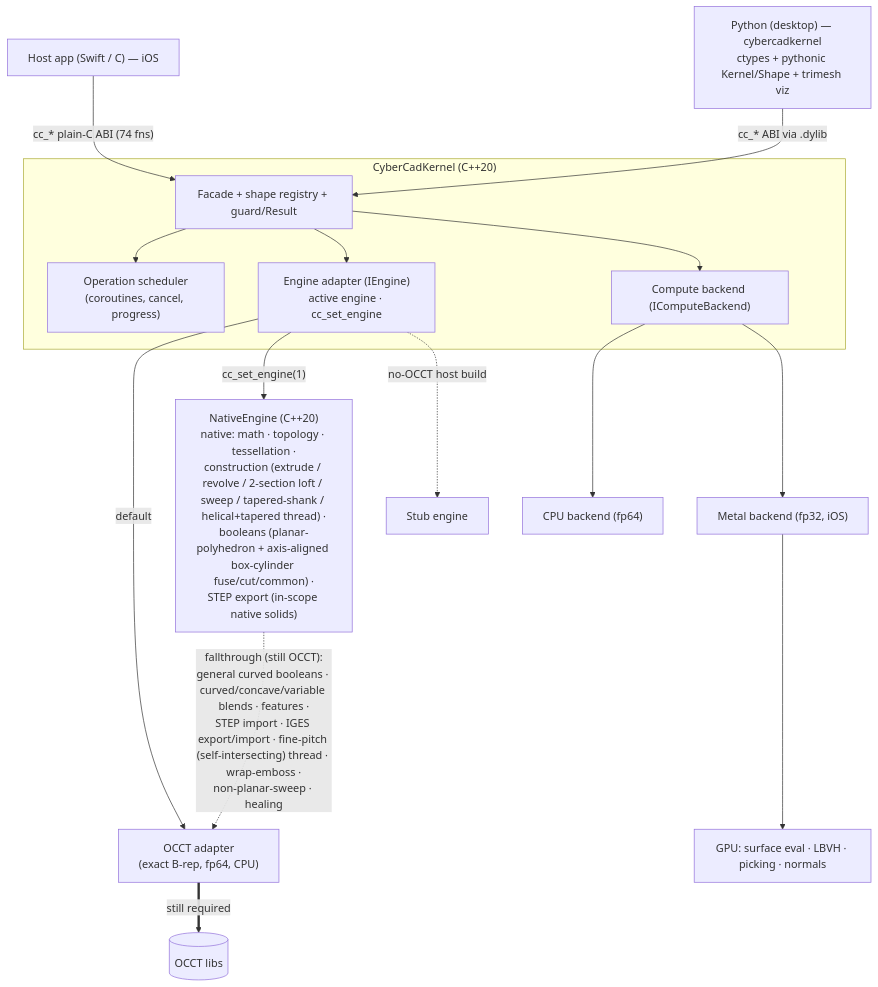
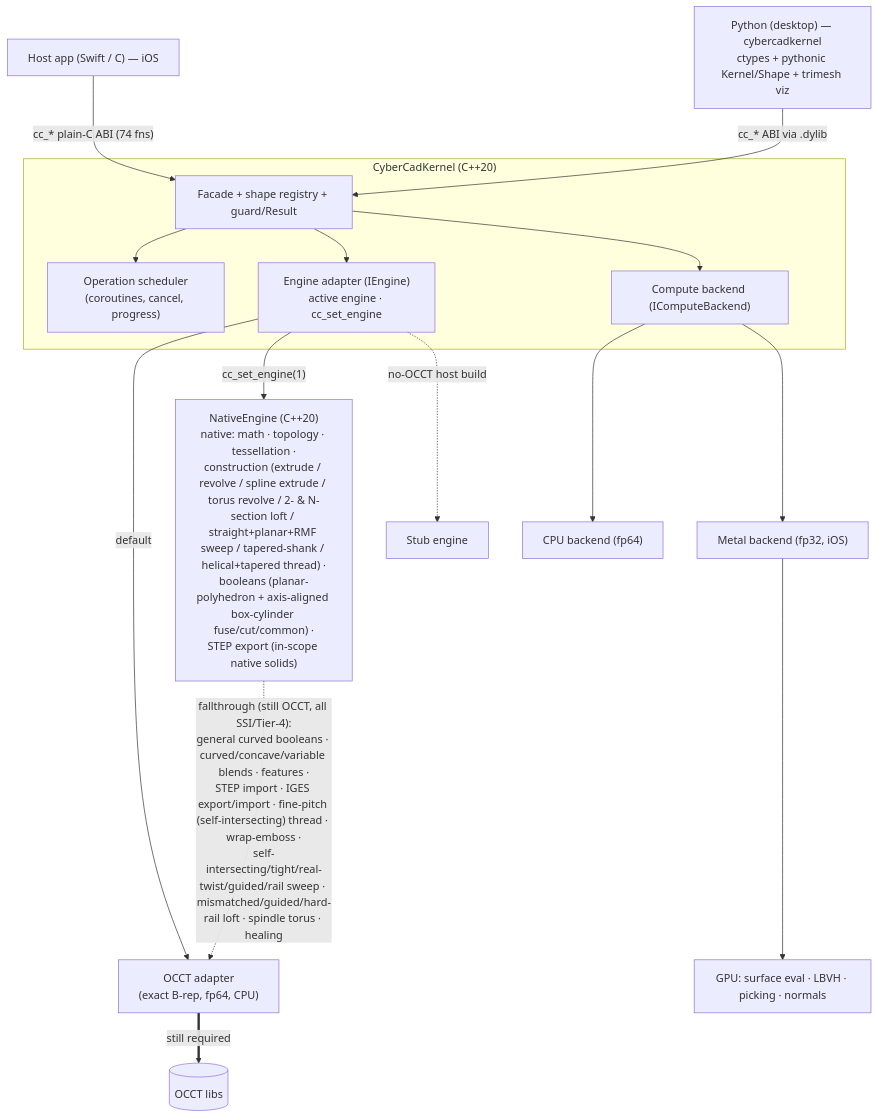
Before and after one commit to CyberdyneCorp/CyberCadKernel: the diagram in README.md, drawn with Mermaid. The commit also changed other lines of this file and 31 other files, not shown here.

````diff
--- a/README.md
+++ b/README.md
@@ -33,27 +33,27 @@
 ```mermaid
 flowchart TD
     App["Host app (Swift / C) — iOS"] -->|"cc_* plain-C ABI (74 fns)"| Facade
     Py["Python (desktop) — cybercadkernel<br/>ctypes + pythonic Kernel/Shape + trimesh viz"] -->|"cc_* ABI via .dylib"| Facade
 
     subgraph Kernel["CyberCadKernel (C++20)"]
         Facade["Facade + shape registry + guard/Result"]
         Sched["Operation scheduler<br/>(coroutines, cancel, progress)"]
         Engine["Engine adapter (IEngine)<br/>active engine · cc_set_engine"]
         Compute["Compute backend (IComputeBackend)"]
 
         Facade --> Sched
         Facade --> Engine
         Facade --> Compute
     end
 
     Engine -->|"default"| OCCT["OCCT adapter<br/>(exact B-rep, fp64, CPU)"]
-    Engine -->|"cc_set_engine(1)"| Native["NativeEngine (C++20)<br/>native: math · topology · tessellation ·<br/>construction (extrude / revolve / 2-section loft / sweep / tapered-shank / helical+tapered thread) ·<br/>booleans (planar-polyhedron + axis-aligned box-cylinder fuse/cut/common) ·<br/>STEP export (in-scope native solids)"]
+    Engine -->|"cc_set_engine(1)"| Native["NativeEngine (C++20)<br/>native: math · topology · tessellation ·<br/>construction (extrude / revolve / spline extrude / torus revolve / 2- &amp; N-section loft / straight+planar+RMF sweep / tapered-shank / helical+tapered thread) ·<br/>booleans (planar-polyhedron + axis-aligned box-cylinder fuse/cut/common) ·<br/>STEP export (in-scope native solids)"]
     Engine -.->|"no-OCCT host build"| Stub["Stub engine"]
 
-    Native -.->|"fallthrough (still OCCT):<br/>general curved booleans · curved/concave/variable blends · features ·<br/>STEP import · IGES export/import · fine-pitch (self-intersecting) thread · wrap-emboss ·<br/>non-planar-sweep · healing"| OCCT
+    Native -.->|"fallthrough (still OCCT, all SSI/Tier-4):<br/>general curved booleans · curved/concave/variable blends · features ·<br/>STEP import · IGES export/import · fine-pitch (self-intersecting) thread · wrap-emboss ·<br/>self-intersecting/tight/real-twist/guided/rail sweep · mismatched/guided/hard-rail loft · spindle torus · healing"| OCCT
     OCCT ==>|"still required"| OCCTlib[("OCCT libs")]
 
     Compute --> CPUb["CPU backend (fp64)"]
     Compute --> Metal["Metal backend (fp32, iOS)"]
     Metal --> GPU["GPU: surface eval · LBVH · picking · normals"]
 ```
````
